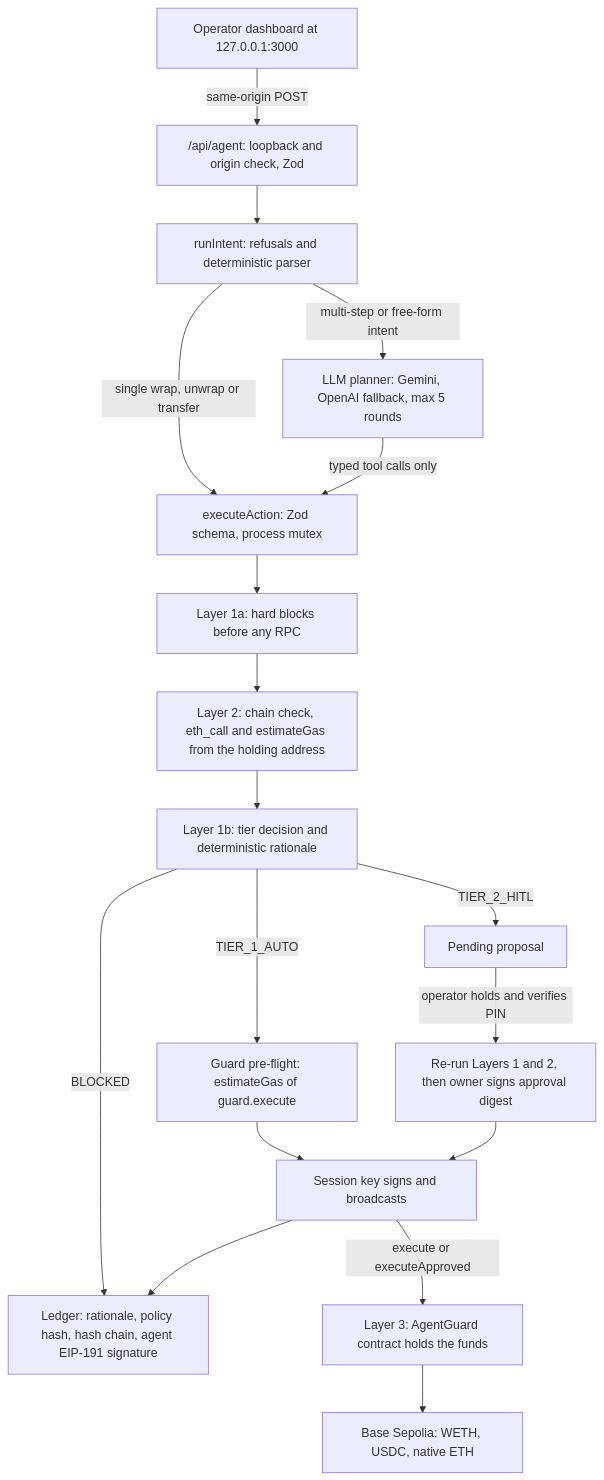
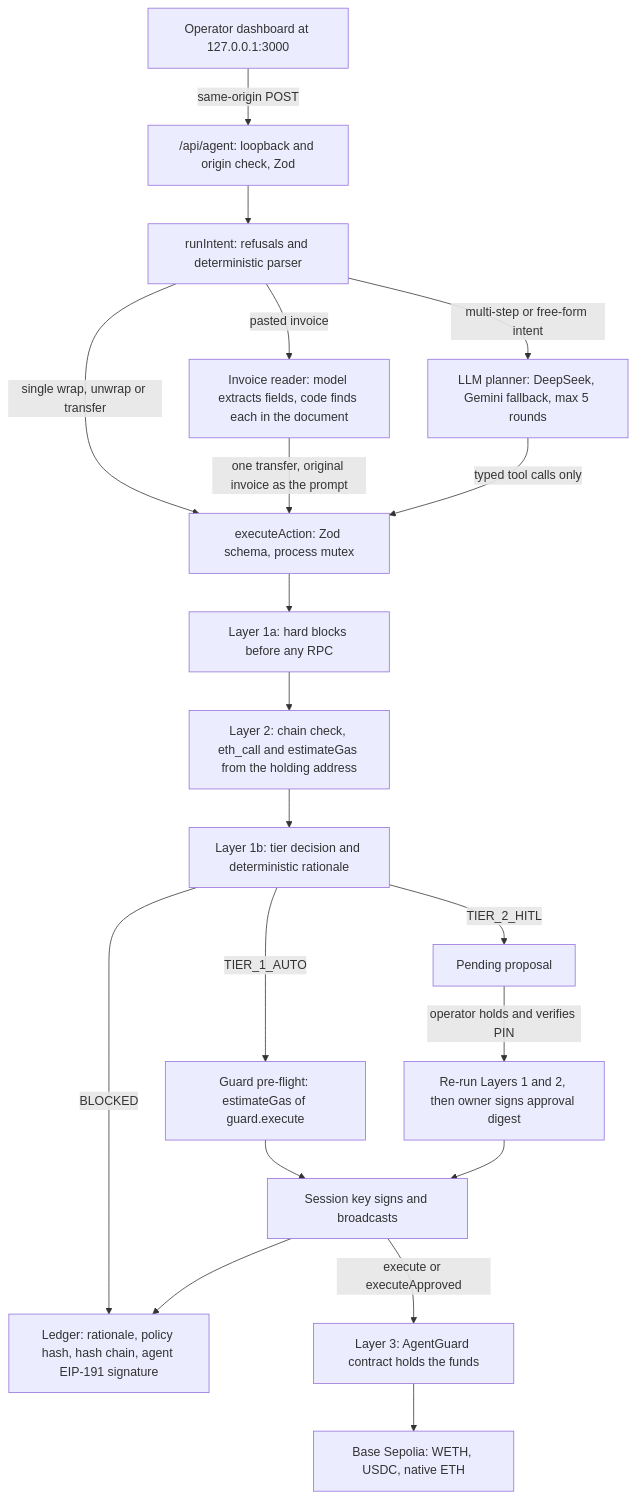
Before and after one commit to electr0x0/aegis-wallet: the diagram in docs/01_TECHNICAL_DOCUMENTATION.md, drawn with Mermaid. The commit also changed other lines of this file and 32 other files, not shown here.

````diff
--- a/docs/01_TECHNICAL_DOCUMENTATION.md
+++ b/docs/01_TECHNICAL_DOCUMENTATION.md
@@ -54,20 +55,22 @@
 ```mermaid
 flowchart TD
   OP["Operator dashboard at 127.0.0.1:3000"] -->|same-origin POST| API["/api/agent: loopback and origin check, Zod"]
   API --> RI["runIntent: refusals and deterministic parser"]
-  RI -->|multi-step or free-form intent| PL["LLM planner: Gemini, OpenAI fallback, max 5 rounds"]
+  RI -->|multi-step or free-form intent| PL["LLM planner: DeepSeek, Gemini fallback, max 5 rounds"]
   RI -->|single wrap, unwrap or transfer| EX
+  RI -->|pasted invoice| INV["Invoice reader: model extracts fields, code finds each in the document"]
+  INV -->|one transfer, original invoice as the prompt| EX
   PL -->|typed tool calls only| EX["executeAction: Zod schema, process mutex"]
   EX --> HB["Layer 1a: hard blocks before any RPC"]
   HB --> SIM["Layer 2: chain check, eth_call and estimateGas from the holding address"]
   SIM --> TIER["Layer 1b: tier decision and deterministic rationale"]
   TIER -->|BLOCKED| LED
   TIER -->|TIER_2_HITL| PQ["Pending proposal"]
   PQ -->|operator holds and verifies PIN| APR["Re-run Layers 1 and 2, then owner signs approval digest"]
   TIER -->|TIER_1_AUTO| GPF["Guard pre-flight: estimateGas of guard.execute"]
   GPF --> TX["Session key signs and broadcasts"]
   APR --> TX
   TX -->|execute or executeApproved| AG["Layer 3: AgentGuard contract holds the funds"]
   AG --> CH["Base Sepolia: WETH, USDC, native ETH"]
   TX --> LED["Ledger: rationale, policy hash, hash chain, agent EIP-191 signature"]
 ```
````
